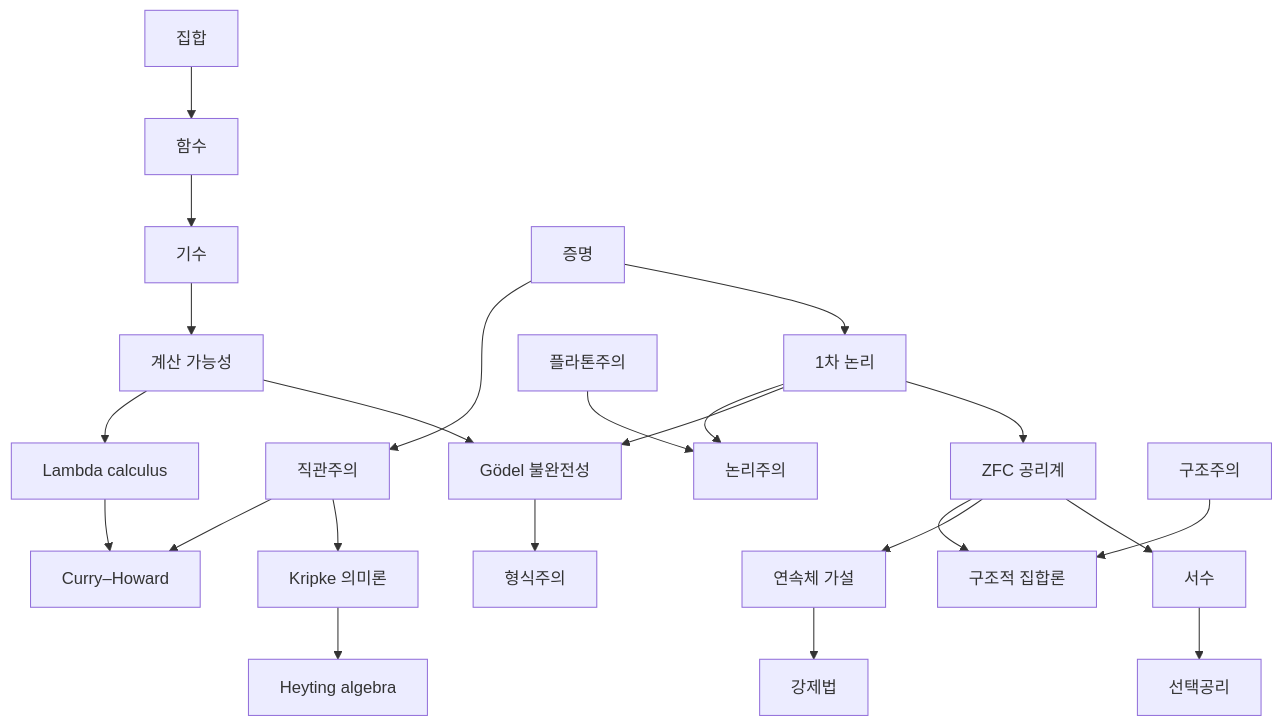
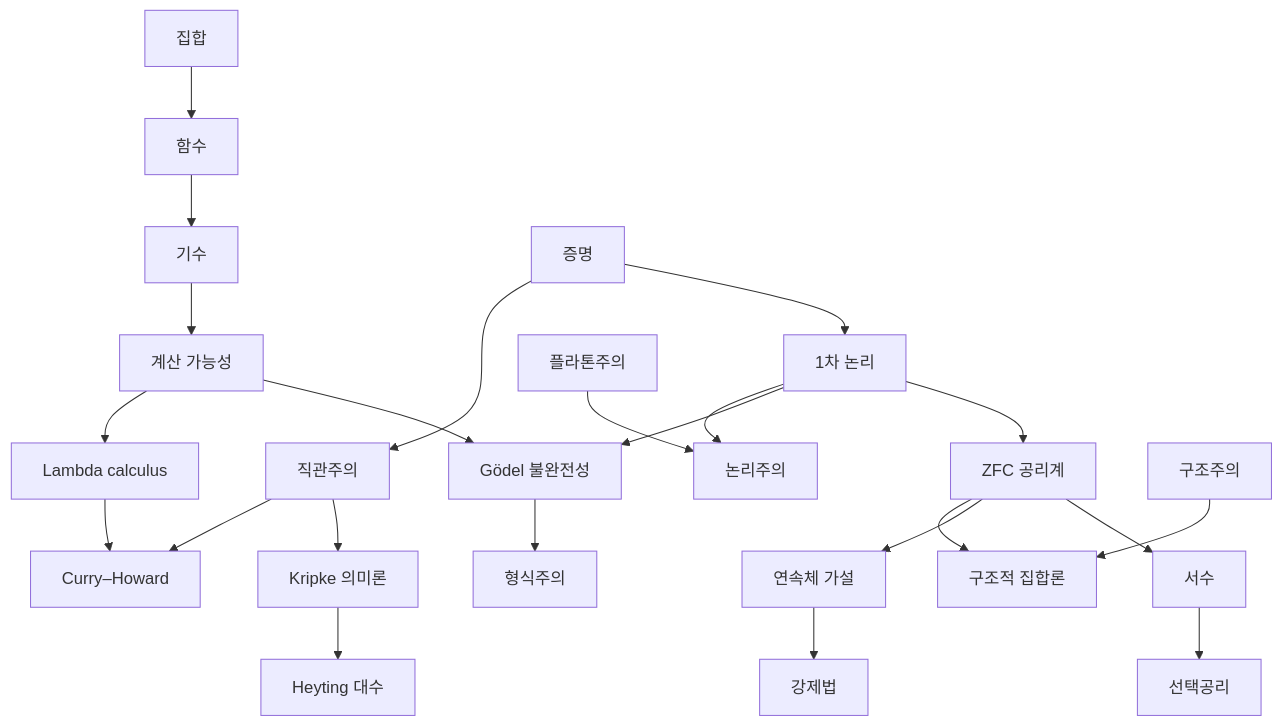
The diagram in docs/foundations-overview.md (Phryxia/math-map), drawn with Mermaid before and after one commit. The commit also changed other lines of this file and 6 other files, not shown here.

````diff
--- a/docs/foundations-overview.md
+++ b/docs/foundations-overview.md
@@ -11,14 +11,14 @@
 ```mermaid
 graph TD
   S["집합"] --> F["함수"] --> CD["기수"] --> CM["계산 가능성"] --> GD["Gödel 불완전성"]
   P["증명"] --> FOL["1차 논리"] --> ZFC["ZFC 공리계"] --> OR["서수"] --> AC["선택공리"]
   ZFC --> CH["연속체 가설"] --> FC["강제법"]
   FOL --> GD --> FM["형식주의"]
   FOL --> LG["논리주의"]
   PL["플라톤주의"] --> LG
-  P --> IN["직관주의"] --> KR["Kripke 의미론"] --> HA["Heyting algebra"]
+  P --> IN["직관주의"] --> KR["Kripke 의미론"] --> HA["Heyting 대수"]
   IN --> CH2["Curry–Howard"]
   CM --> LC["Lambda calculus"] --> CH2
   ST["구조주의"] --> SST["구조적 집합론"]
   ZFC --> SST
 ```
````
